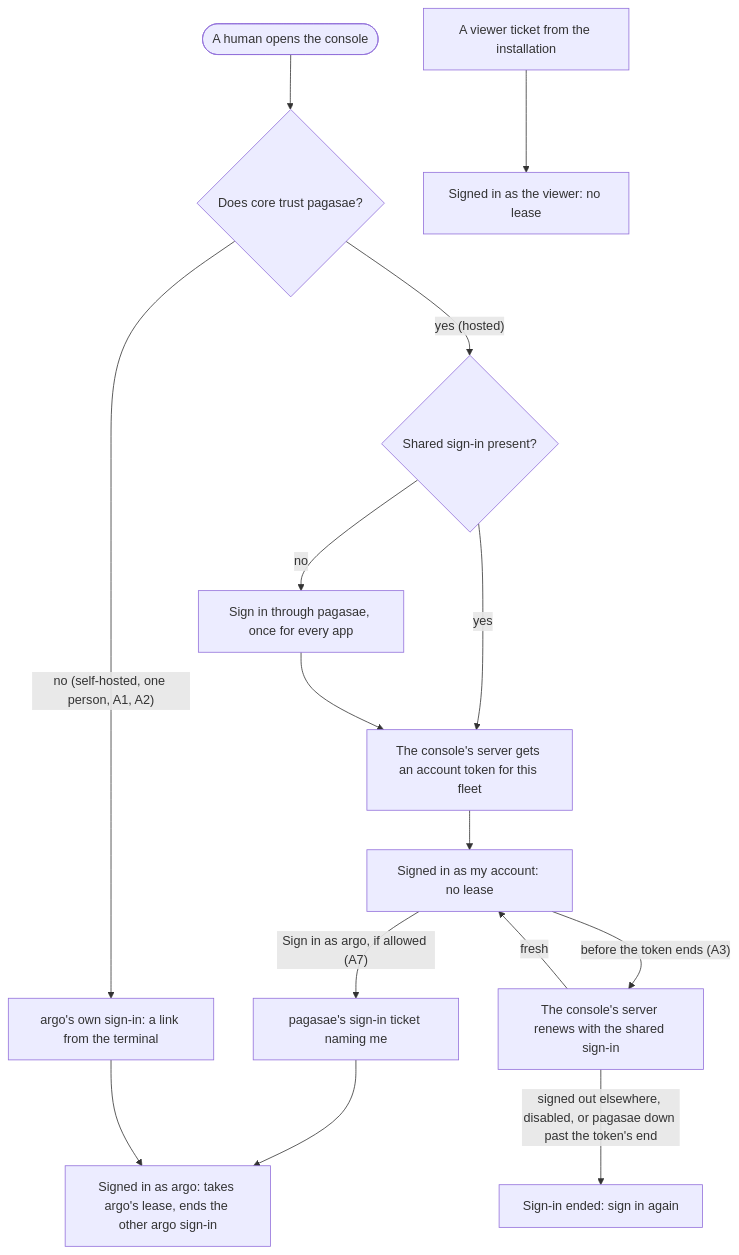
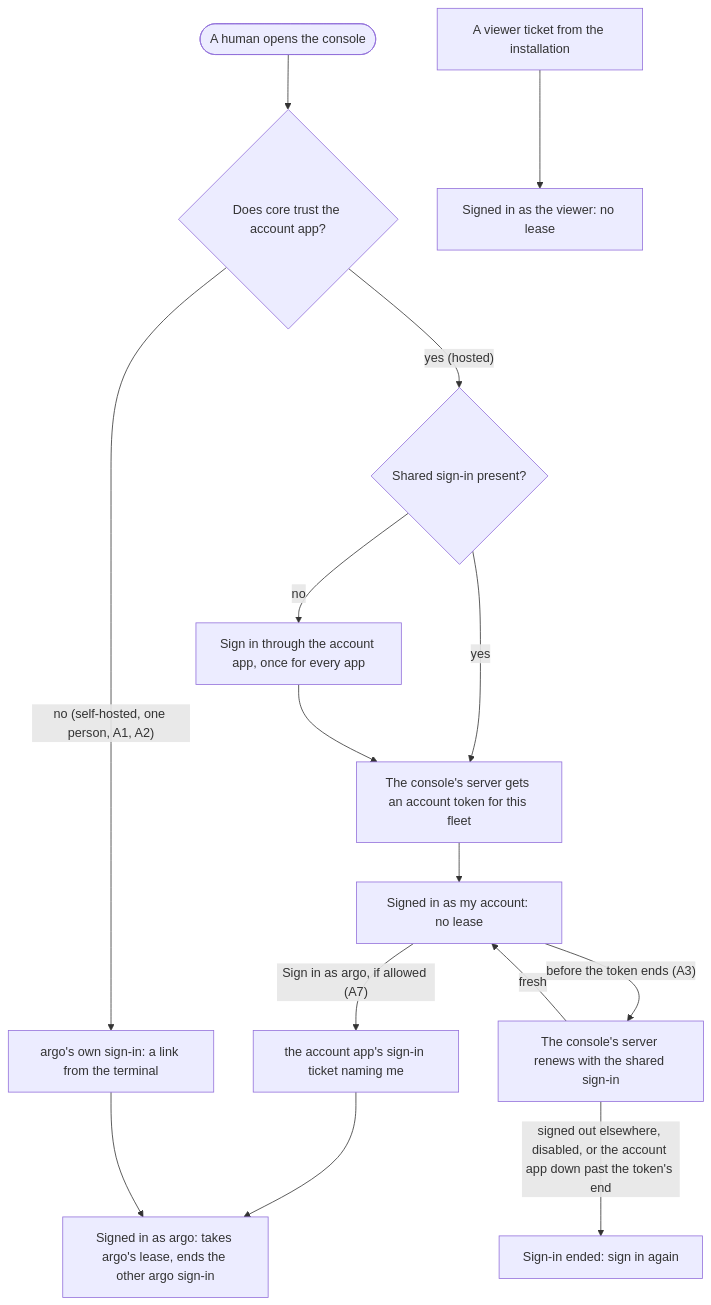
Before and after one commit to ThomasHendrickx/aeolus-fleet: the first of 10 diagrams in docs/design/accounts/console.md, drawn with Mermaid. The commit also changed other lines of this file and 157 other files, not shown here.

Commit message:
refactor: use neutral account app terminology

````diff
--- a/docs/design/accounts/console.md
+++ b/docs/design/accounts/console.md
@@ -93,17 +93,17 @@
 ```mermaid
 flowchart TD
-  start([A human opens the console]) --> issuer{Does core trust pagasae?}
+  start([A human opens the console]) --> issuer{Does core trust the account app?}
   issuer -- "yes (hosted)" --> shared{Shared sign-in present?}
   shared -- yes --> token[The console's server gets an account token for this fleet]
-  shared -- no --> acct[Sign in through pagasae, once for every app]
+  shared -- no --> acct[Sign in through the account app, once for every app]
   acct --> token
   token --> signedAcct[Signed in as my account: no lease]
-  signedAcct -- "Sign in as argo, if allowed (A7)" --> ticket[pagasae's sign-in ticket naming me]
+  signedAcct -- "Sign in as argo, if allowed (A7)" --> ticket[the account app's sign-in ticket naming me]
   ticket --> signedArgo[Signed in as argo: takes argo's lease, ends the other argo sign-in]
   issuer -- "no (self-hosted, one person, A1, A2)" --> own[argo's own sign-in: a link from the terminal]
   own --> signedArgo
   viewerTicket[A viewer ticket from the installation] --> signedViewer[Signed in as the viewer: no lease]
   signedAcct -- "before the token ends (A3)" --> renew[The console's server renews with the shared sign-in]
   renew -- fresh --> signedAcct
-  renew -- "signed out elsewhere, disabled, or pagasae down past the token's end" --> ended[Sign-in ended: sign in again]
+  renew -- "signed out elsewhere, disabled, or the account app down past the token's end" --> ended[Sign-in ended: sign in again]
 ```
````
